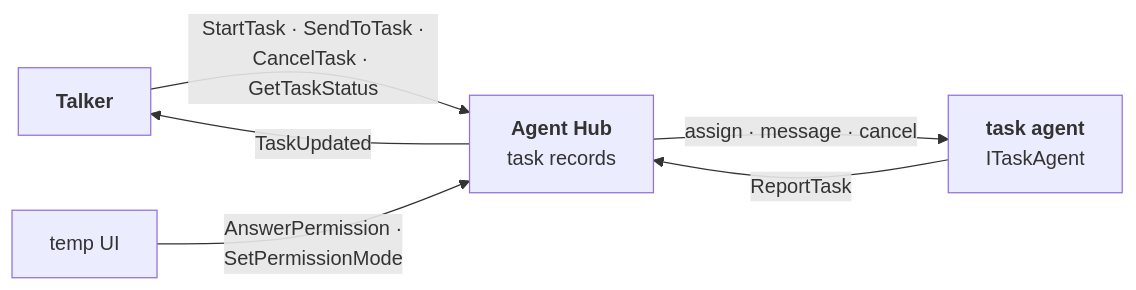
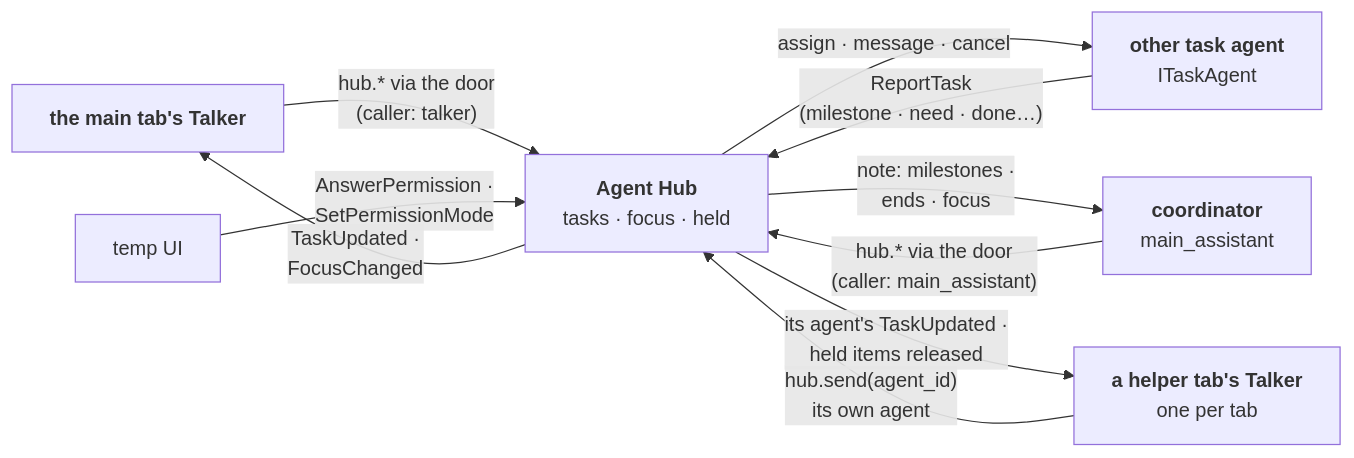
Before and after one commit to sharramon/AI_Assistant: the diagram in docs/modules/agent_hub.md, drawn with Mermaid. The commit also changed other lines of this file and 321 other files, not shown here.

````diff
--- a/docs/modules/agent_hub.md
+++ b/docs/modules/agent_hub.md
@@ -33,13 +37,19 @@
 ```mermaid
 flowchart LR
-    Talker["<b>Talker</b>"]
-    Hub["<b>Agent Hub</b><br/>task records"]
-    Agent["<b>task agent</b><br/>ITaskAgent"]
+    Talker["<b>the main tab's Talker</b>"]
+    Hub["<b>Agent Hub</b><br/>tasks · focus · held"]
+    Coord["<b>coordinator</b><br/>main_assistant"]
+    Agent["<b>other task agent</b><br/>ITaskAgent"]
     UI["temp UI"]
+    HTalker["<b>a helper tab's Talker</b><br/>one per tab"]
 
-    Talker -- "StartTask · SendToTask ·<br/>CancelTask · GetTaskStatus" --> Hub
+    Talker -- "hub.* via the door<br/>(caller: talker)" --> Hub
+    Coord -- "hub.* via the door<br/>(caller: main_assistant)" --> Hub
     UI -- "AnswerPermission ·<br/>SetPermissionMode" --> Hub
     Hub -- "assign · message · cancel" --> Agent
-    Agent -- ReportTask --> Hub
-    Hub -- TaskUpdated --> Talker
+    Agent -- "ReportTask<br/>(milestone · need · done…)" --> Hub
+    Hub -- "note: milestones ·<br/>ends · focus" --> Coord
+    Hub -- "TaskUpdated ·<br/>FocusChanged" --> Talker
+    HTalker -- "hub.send(agent_id)<br/>its own agent" --> Hub
+    Hub -- "its agent's TaskUpdated ·<br/>held items released" --> HTalker
 ```
````
